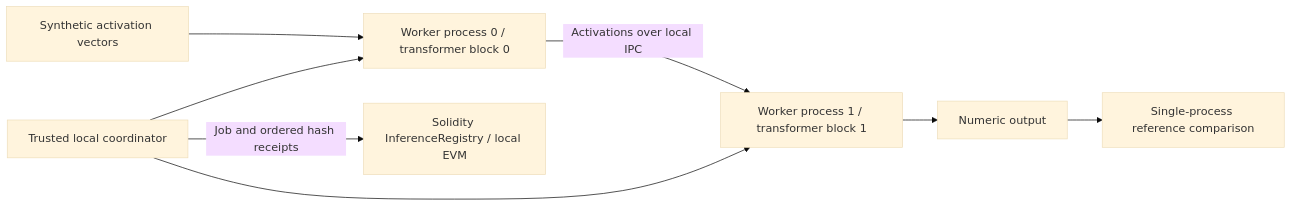
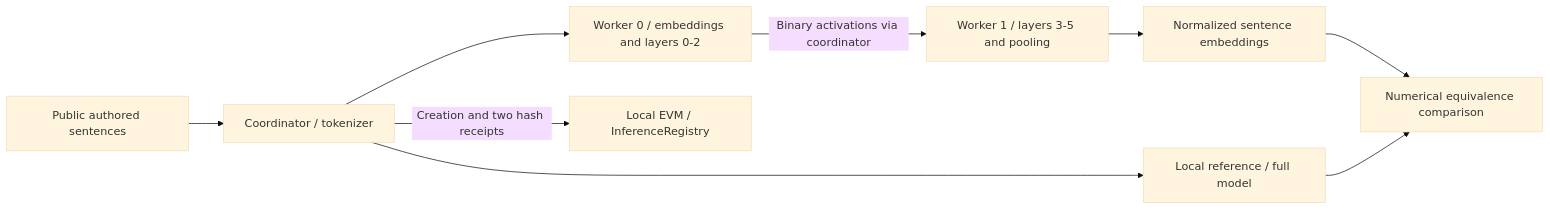
The diagram in README.md (suprkco/Blockchain-adaptive-inference-network), drawn with Mermaid (base theme) before and after one commit. The commit also changed other lines of this file and 23 other files, not shown here.

````diff
--- a/README.md
+++ b/README.md
@@ -25,10 +30,11 @@
 ```mermaid
 flowchart LR
-    I[Synthetic activation vectors] --> W0[Worker process 0 / transformer block 0]
-    W0 -->|Activations over local IPC| W1[Worker process 1 / transformer block 1]
-    W1 --> O[Numeric output]
-    C[Trusted local coordinator] --> W0
-    C --> W1
-    C -->|Job and ordered hash receipts| R[Solidity InferenceRegistry / local EVM]
-    O --> V[Single-process reference comparison]
+    T[Public authored sentences] --> C[Coordinator / tokenizer]
+    C --> A[Worker 0 / embeddings and layers 0-2]
+    A -->|Binary activations via coordinator| B[Worker 1 / layers 3-5 and pooling]
+    B --> E[Normalized sentence embeddings]
+    C --> L[Local reference / full model]
+    E --> V[Numerical equivalence comparison]
+    L --> V
+    C -->|Creation and two hash receipts| R[Local EVM / InferenceRegistry]
 ```
````
